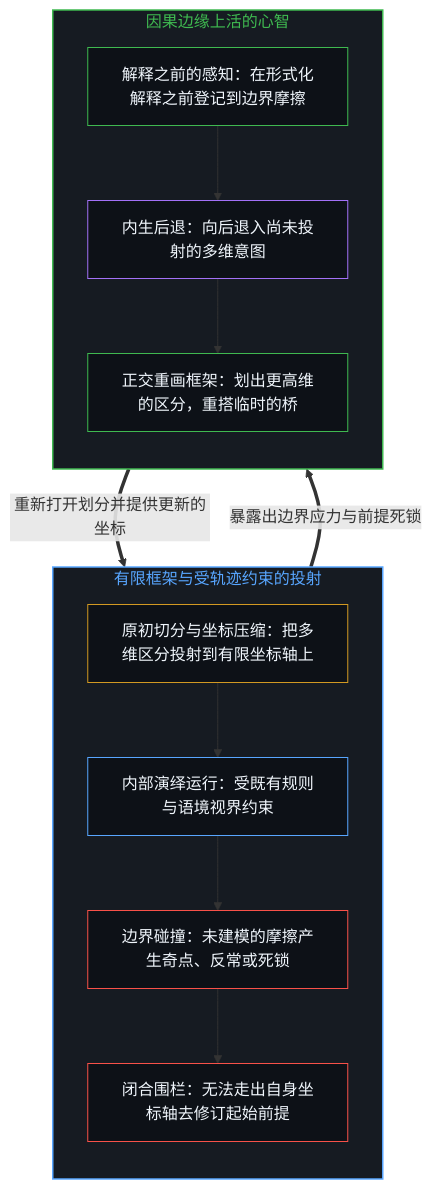
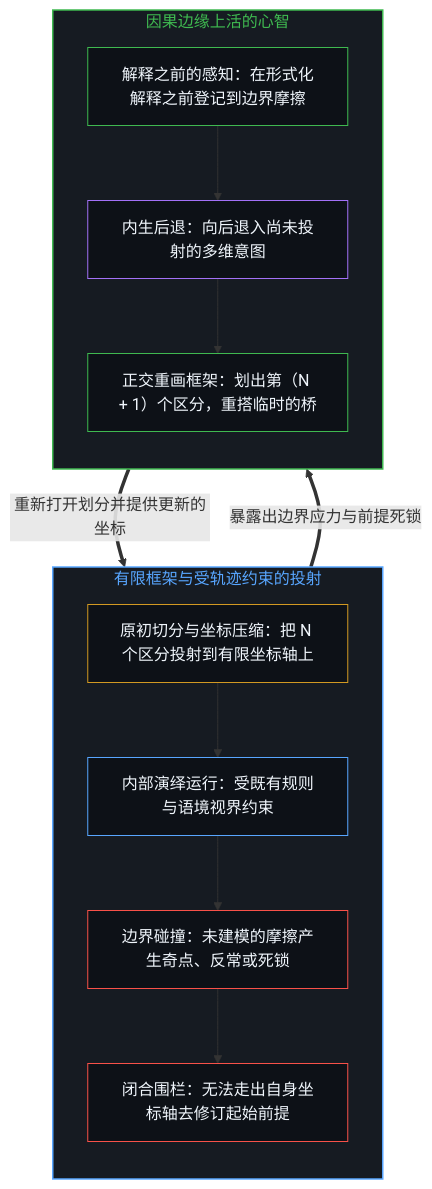
The first of 2 diagrams in content/posts/the-boundary-of-the-frame.md (powerpig99/not-a-toe), drawn with Mermaid before and after one commit. The commit also changed other lines of this file and 1 other file, not shown here.

````diff
--- a/content/posts/the-boundary-of-the-frame.md
+++ b/content/posts/the-boundary-of-the-frame.md
@@ -81,32 +81,29 @@
 ```mermaid
 flowchart TD
     subgraph S_Frame["有限框架与受轨迹约束的投射"]
         direction TB
-        F1["原初切分与坐标压缩：把多维区分投射到有限坐标轴上"]
+        F1["原初切分与坐标压缩：把 N 个区分投射到有限坐标轴上"]
         F2["内部演绎运行：受既有规则与语境视界约束"]
         F3["边界碰撞：未建模的摩擦产生奇点、反常或死锁"]
         F4["闭合围栏：无法走出自身坐标轴去修订起始前提"]
         F1 --> F2 --> F3 --> F4
     end
-
     subgraph S_Mind["因果边缘上活的心智"]
         direction TB
         M1["解释之前的感知：在形式化解释之前登记到边界摩擦"]
         M2["内生后退：向后退入尚未投射的多维意图"]
-        M3["正交重画框架：划出更高维的区分，重搭临时的桥"]
+        M3["正交重画框架：划出第（N + 1）个区分，重搭临时的桥"]
         M1 --> M2 --> M3
     end
-
     F4 ==>|"暴露出边界应力与前提死锁"| M1
     M3 ==>|"重新打开划分并提供更新的坐标"| F1
-
     style S_Frame fill:#161b22,stroke:#58a6ff,stroke-width:1.5px,color:#58a6ff
     style S_Mind fill:#161b22,stroke:#3fb950,stroke-width:1.5px,color:#3fb950
     style F1 fill:#0d1117,stroke:#d29922,stroke-width:1px,color:#f0f6fc
     style F2 fill:#0d1117,stroke:#58a6ff,stroke-width:1px,color:#f0f6fc
     style F3 fill:#0d1117,stroke:#f85149,stroke-width:1px,color:#f0f6fc
     style F4 fill:#0d1117,stroke:#f85149,stroke-width:1px,color:#f0f6fc
     style M1 fill:#0d1117,stroke:#3fb950,stroke-width:1px,color:#f0f6fc
     style M2 fill:#0d1117,stroke:#a371f7,stroke-width:1px,color:#f0f6fc
     style M3 fill:#0d1117,stroke:#3fb950,stroke-width:1px,color:#f0f6fc
 ```
````
